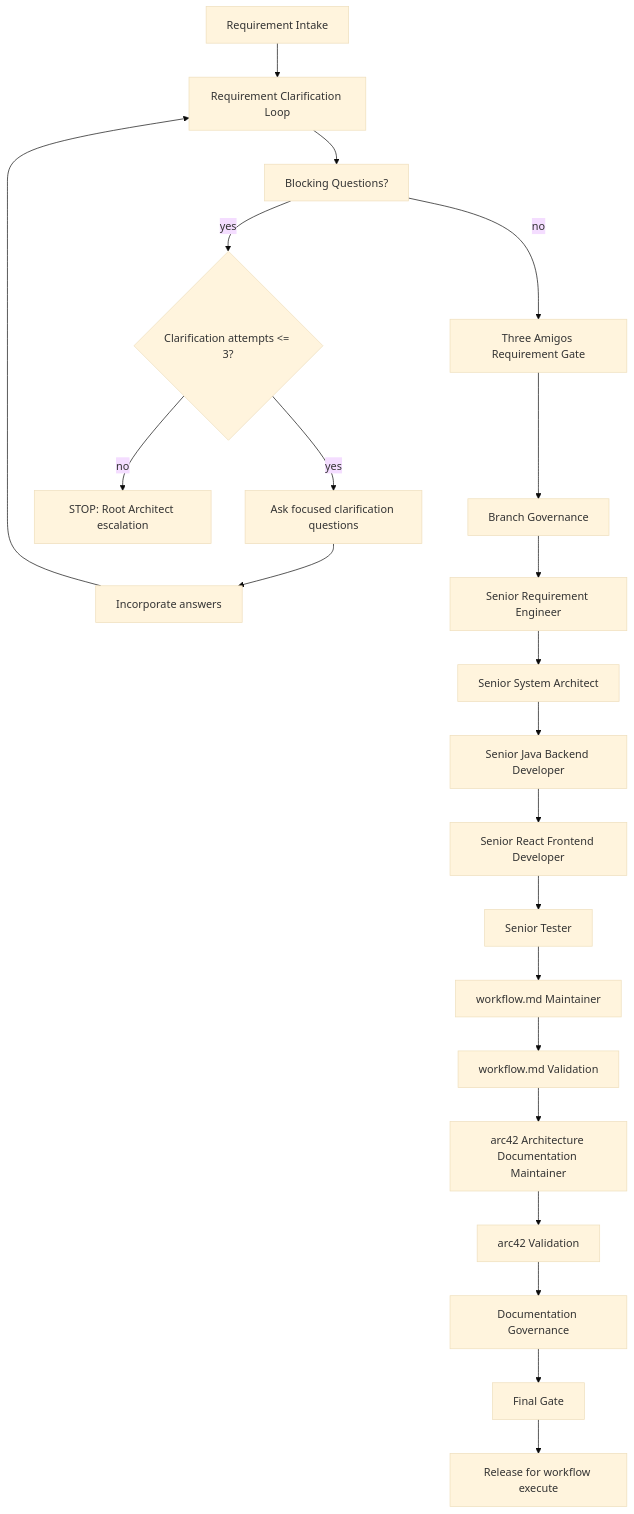
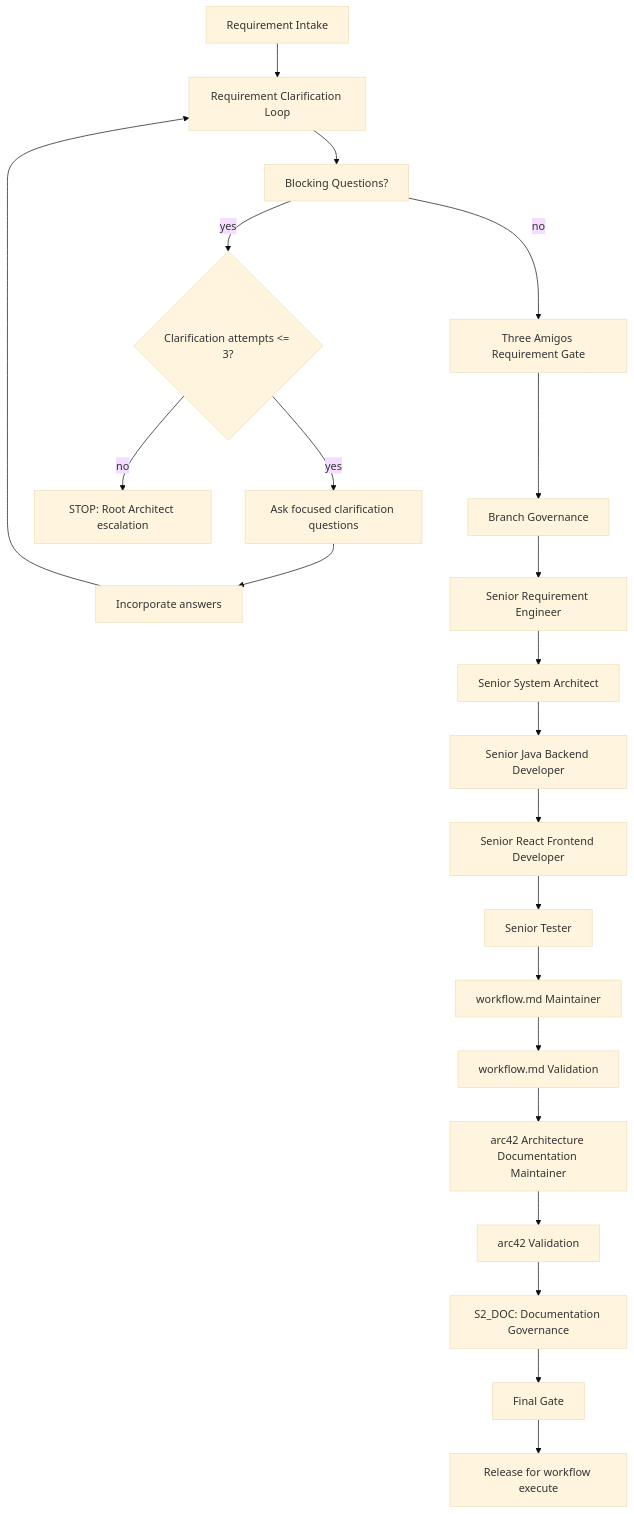
One commit to MatthiasBurger-Coder/forensic_analytics changed the second of 3 diagrams in docs/arc42/06-runtime-view.md. Above: the diagram before and after it, drawn with Mermaid (base theme). The commit also changed other lines of this file and 15 other files, not shown here.

First line of the commit message:
docs(slice-12): split documentation governance nodes

````diff
--- a/docs/arc42/06-runtime-view.md
+++ b/docs/arc42/06-runtime-view.md
@@ -151,30 +151,30 @@
 ```mermaid
 flowchart TD
   Intake["Requirement Intake"]
   Clarify["Requirement Clarification Loop"]
   Blocking["Blocking Questions?"]
   Retry{"Clarification attempts <= 3?"}
   Ask["Ask focused clarification questions"]
   Incorporate["Incorporate answers"]
   Escalate["STOP: Root Architect escalation"]
   Gate["Three Amigos Requirement Gate"]
   Branch["Branch Governance"]
   Req["Senior Requirement Engineer"]
   Architect["Senior System Architect"]
   Java["Senior Java Backend Developer"]
   React["Senior React Frontend Developer"]
   Tester["Senior Tester"]
   Workflow["workflow.md Maintainer"]
   Arc42["arc42 Architecture Documentation Maintainer"]
   WorkflowCheck["workflow.md Validation"]
   Arc42Check["arc42 Validation"]
-  Docs["Documentation Governance"]
+  Docs["S2_DOC: Documentation Governance"]
   Final["Final Gate"]
   Release["Release for workflow execute"]
 
   Intake --> Clarify --> Blocking
   Blocking -->|yes| Retry
   Retry -->|yes| Ask --> Incorporate --> Clarify
   Retry -->|no| Escalate
   Blocking -->|no| Gate --> Branch --> Req --> Architect --> Java --> React --> Tester --> Workflow --> WorkflowCheck --> Arc42 --> Arc42Check --> Docs --> Final --> Release
 ```
````
